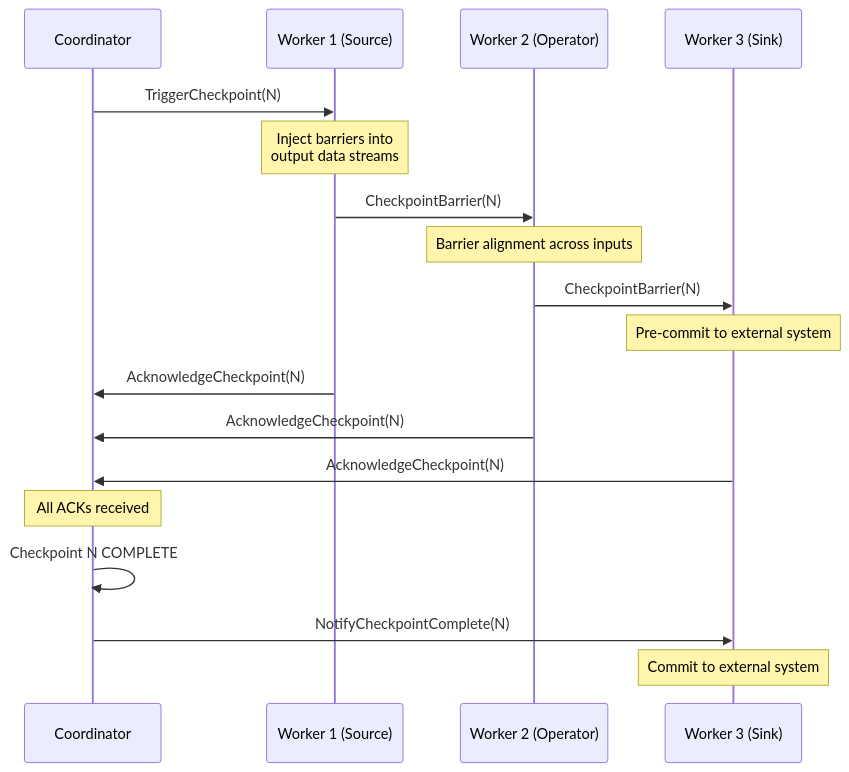
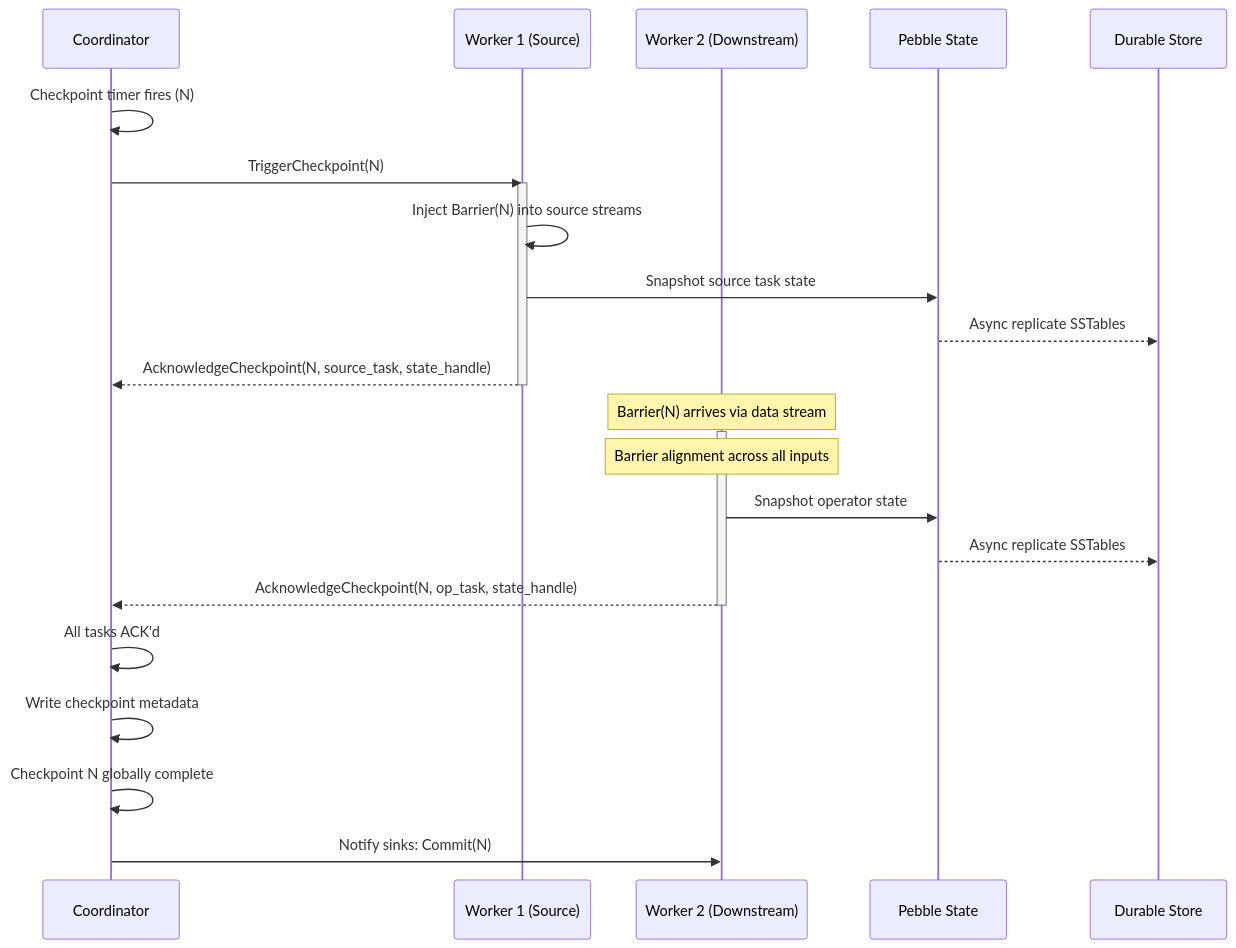
Before and after one commit to tarungka/wire: the second of 3 diagrams in docs/trds/WIP-07/README.md, drawn with Mermaid. The commit also changed other lines of this file and 200 other files, not shown here.

First line of the commit message:
feat: rewrite the entire architecture and the codebase (#148)

````diff
--- a/docs/trds/WIP-07/README.md
+++ b/docs/trds/WIP-07/README.md
@@ -132,24 +162,30 @@
 ```mermaid
 sequenceDiagram
     participant C as Coordinator
     participant W1 as Worker 1 (Source)
-    participant W2 as Worker 2 (Operator)
-    participant W3 as Worker 3 (Sink)
+    participant W2 as Worker 2 (Downstream)
+    participant P as Pebble State
+    participant DS as Durable Store
 
+    C->>C: Checkpoint timer fires (N)
     C->>W1: TriggerCheckpoint(N)
-    Note over W1: Inject barriers into<br/>output data streams
-    W1->>W2: CheckpointBarrier(N)
-    Note over W2: Barrier alignment across inputs
-    W2->>W3: CheckpointBarrier(N)
-    Note over W3: Pre-commit to external system
+    activate W1
+    W1->>W1: Inject Barrier(N) into source streams
+    W1->>P: Snapshot source task state
+    P-->>DS: Async replicate SSTables
+    W1-->>C: AcknowledgeCheckpoint(N, source_task, state_handle)
+    deactivate W1
 
-    W1->>C: AcknowledgeCheckpoint(N)
-    W2->>C: AcknowledgeCheckpoint(N)
-    W3->>C: AcknowledgeCheckpoint(N)
+    Note over W2: Barrier(N) arrives via data stream
+    activate W2
+    Note over W2: Barrier alignment across all inputs
+    W2->>P: Snapshot operator state
+    P-->>DS: Async replicate SSTables
+    W2-->>C: AcknowledgeCheckpoint(N, op_task, state_handle)
+    deactivate W2
 
-    Note over C: All ACKs received
-    C->>C: Checkpoint N COMPLETE
-
-    C->>W3: NotifyCheckpointComplete(N)
-    Note over W3: Commit to external system
+    C->>C: All tasks ACK'd
+    C->>C: Write checkpoint metadata
+    C->>C: Checkpoint N globally complete
+    C->>W2: Notify sinks: Commit(N)
 ```
````
